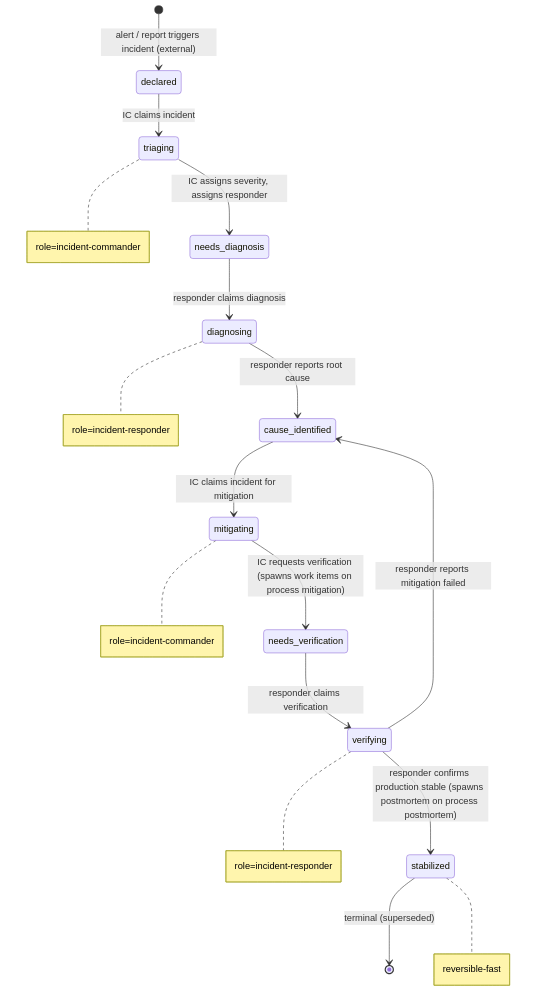
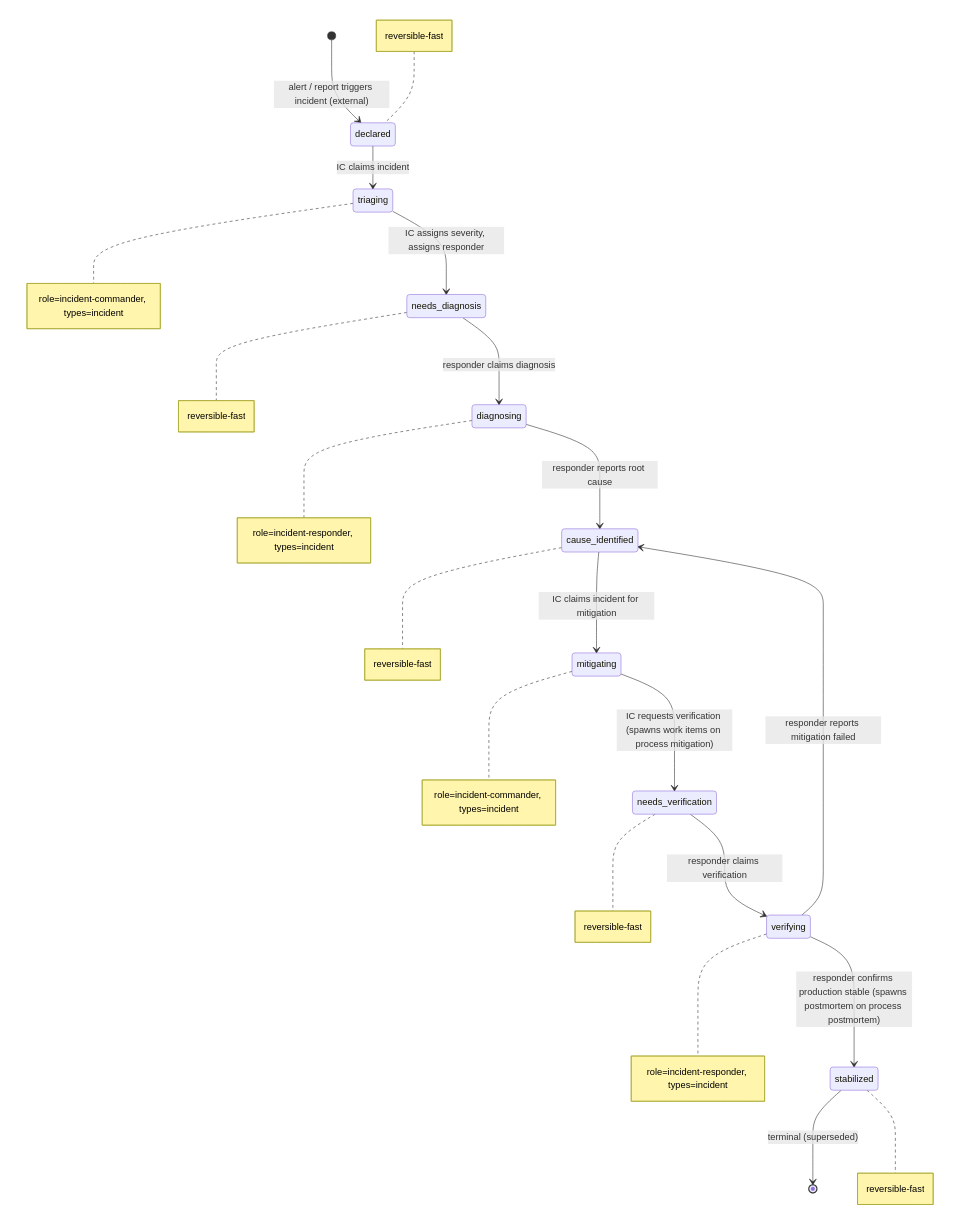
The diagram in examples/workflows/incident-response.md (blemees/blemees-workflow), drawn with Mermaid before and after one commit. The commit also changed other lines of this file and 41 other files, not shown here.

````diff
--- a/examples/workflows/incident-response.md
+++ b/examples/workflows/incident-response.md
@@ -7,20 +11,24 @@
 ```mermaid
 stateDiagram-v2
     [*] --> declared: alert / report triggers incident (external)
     declared --> triaging: IC claims incident
     triaging --> needs_diagnosis: IC assigns severity, assigns responder
     needs_diagnosis --> diagnosing: responder claims diagnosis
     diagnosing --> cause_identified: responder reports root cause
     cause_identified --> mitigating: IC claims incident for mitigation
     mitigating --> needs_verification: IC requests verification (spawns work items on process mitigation)
     needs_verification --> verifying: responder claims verification
     verifying --> cause_identified: responder reports mitigation failed
     verifying --> stabilized: responder confirms production stable (spawns postmortem on process postmortem)
     stabilized --> [*]: terminal (superseded)
 
-    note right of triaging: role=incident-commander
-    note right of diagnosing: role=incident-responder
-    note right of mitigating: role=incident-commander
-    note right of verifying: role=incident-responder
+    note left of declared: reversible-fast
+    note right of triaging: role=incident-commander, types=incident
+    note right of needs_diagnosis: reversible-fast
+    note right of diagnosing: role=incident-responder, types=incident
+    note right of cause_identified: reversible-fast
+    note right of mitigating: role=incident-commander, types=incident
+    note right of needs_verification: reversible-fast
+    note right of verifying: role=incident-responder, types=incident
     note right of stabilized: reversible-fast
 ```
````
